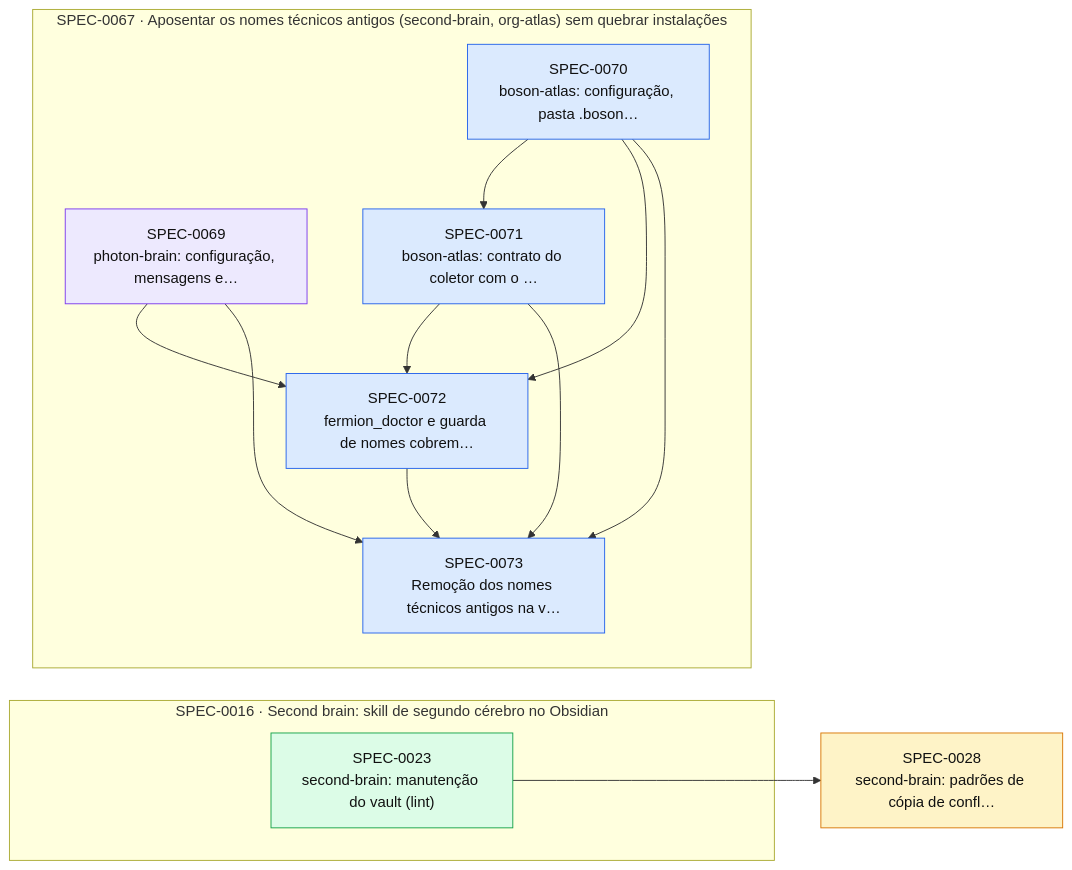
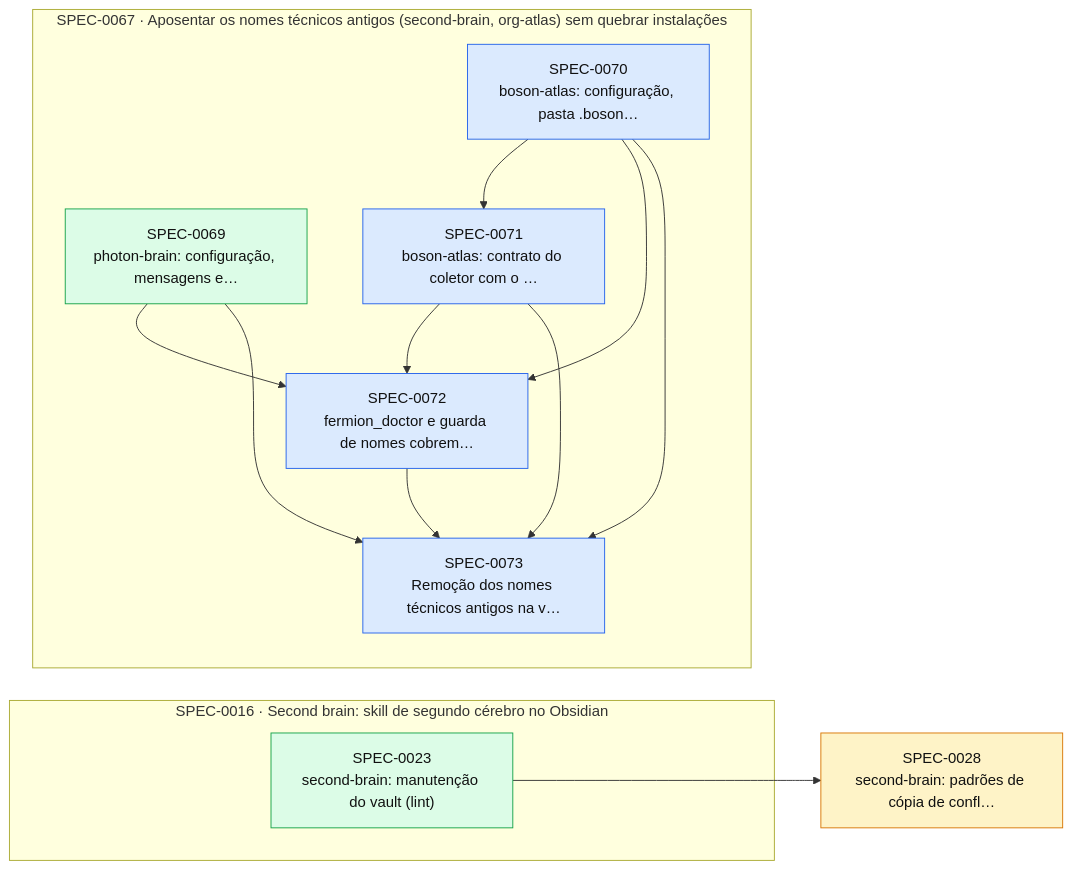
One commit to thomasravache/ai-dev-brain changed the diagram in docs/specs/INDEX.md. Above: the diagram before and after it, drawn with Mermaid. The commit also changed other lines of this file and 1 other file, not shown here.

First line of the commit message:
docs(specs): G7 e fechamento da SPEC-0069

````diff
--- a/docs/specs/INDEX.md
+++ b/docs/specs/INDEX.md
@@ -56,28 +55,28 @@
 ```mermaid
 flowchart LR
   S0028["SPEC-0028<br/>second-brain: padrões de cópia de confl…"]:::proposed
   subgraph E0016["SPEC-0016 · Second brain: skill de segundo cérebro no Obsidian"]
     S0023["SPEC-0023<br/>second-brain: manutenção do vault (lint)"]:::implemented
   end
   subgraph E0067["SPEC-0067 · Aposentar os nomes técnicos antigos (second-brain, org-atlas) sem quebrar instalações"]
-    S0069["SPEC-0069<br/>photon-brain: configuração, mensagens e…"]:::inprogress
+    S0069["SPEC-0069<br/>photon-brain: configuração, mensagens e…"]:::implemented
     S0070["SPEC-0070<br/>boson-atlas: configuração, pasta .boson…"]:::approved
     S0071["SPEC-0071<br/>boson-atlas: contrato do coletor com o …"]:::approved
     S0072["SPEC-0072<br/>fermion_doctor e guarda de nomes cobrem…"]:::approved
     S0073["SPEC-0073<br/>Remoção dos nomes técnicos antigos na v…"]:::approved
   end
   S0023 --> S0028
   S0070 --> S0071
   S0069 --> S0072
   S0070 --> S0072
   S0071 --> S0072
   S0069 --> S0073
   S0070 --> S0073
   S0071 --> S0073
   S0072 --> S0073
   classDef proposed fill:#fef3c7,stroke:#d97706,color:#111
   classDef approved fill:#dbeafe,stroke:#2563eb,color:#111
   classDef inprogress fill:#ede9fe,stroke:#7c3aed,color:#111
   classDef implemented fill:#dcfce7,stroke:#16a34a,color:#111
   classDef deprecated fill:#f3f4f6,stroke:#9ca3af,color:#6b7280
 ```
````
